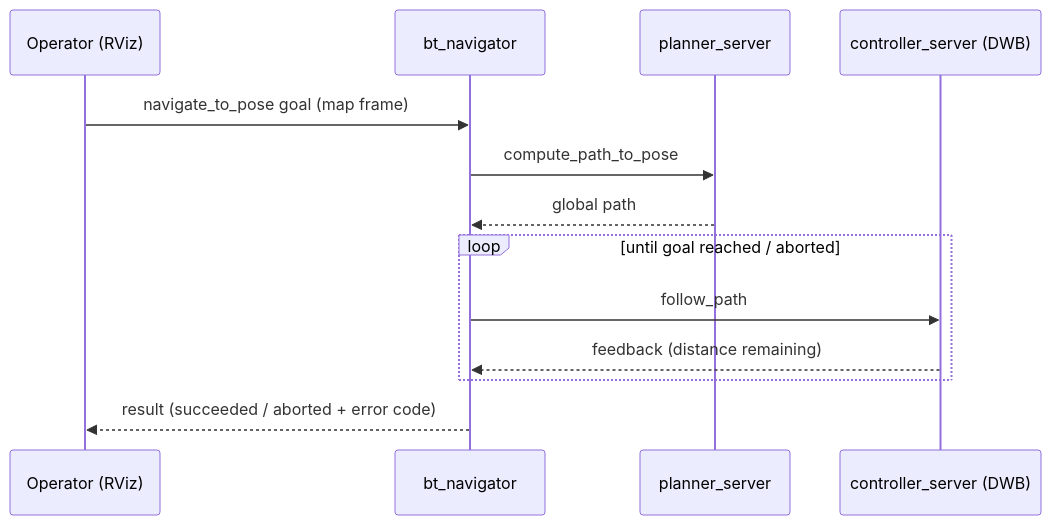
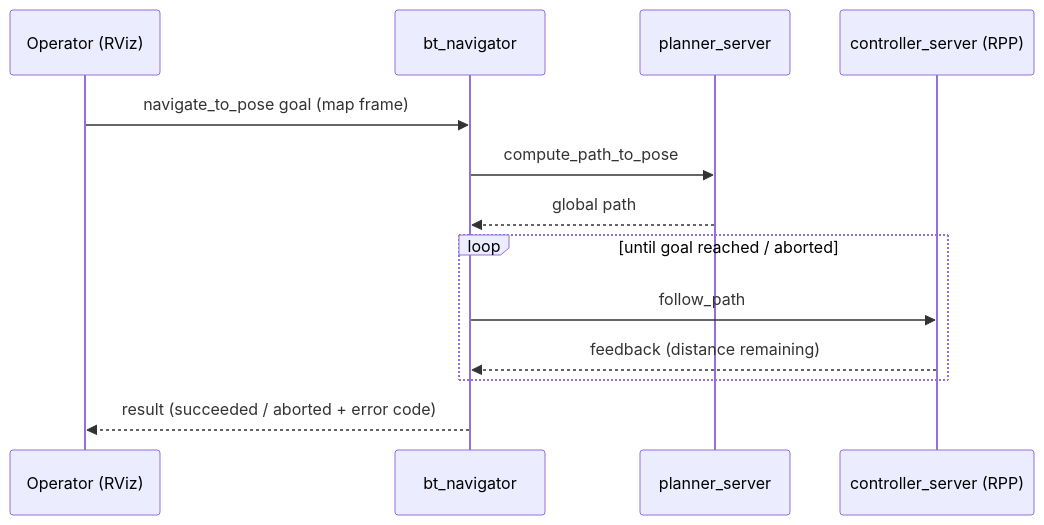
The diagram in docs/ros2/actions.md (cmu-impactlab/patrolbot), drawn with Mermaid before and after one commit. The commit also changed other lines of this file and 41 other files, not shown here.

````diff
--- a/docs/ros2/actions.md
+++ b/docs/ros2/actions.md
@@ -21,16 +21,16 @@
 ```mermaid
 sequenceDiagram
     participant Op as Operator (RViz)
     participant BT as bt_navigator
     participant Plan as planner_server
-    participant Ctrl as controller_server (DWB)
+    participant Ctrl as controller_server (RPP)
 
     Op->>BT: navigate_to_pose goal (map frame)
     BT->>Plan: compute_path_to_pose
     Plan-->>BT: global path
     loop until goal reached / aborted
         BT->>Ctrl: follow_path
         Ctrl-->>BT: feedback (distance remaining)
     end
     BT-->>Op: result (succeeded / aborted + error code)
 ```
````
